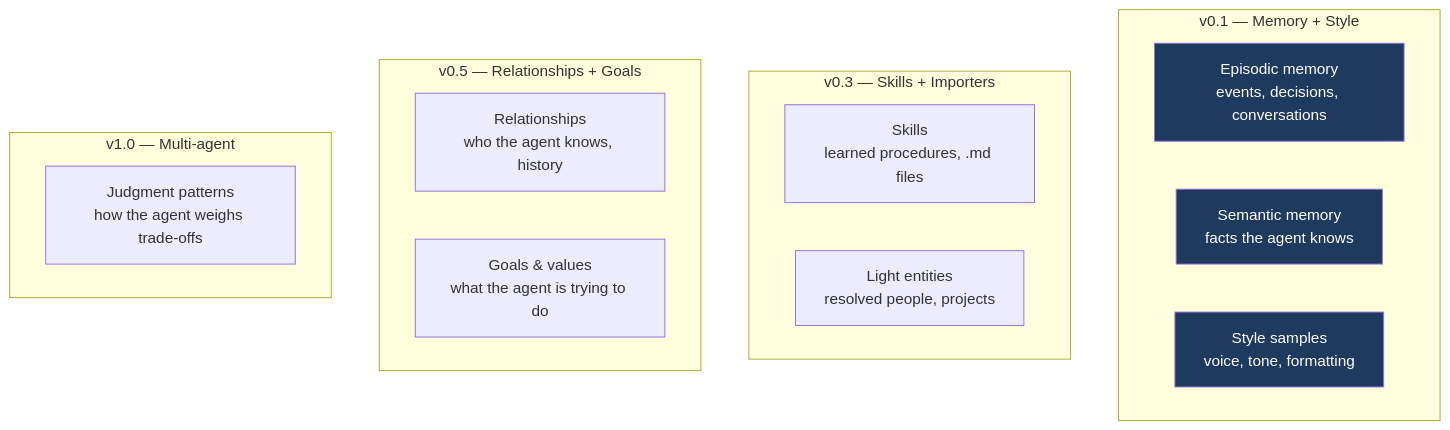
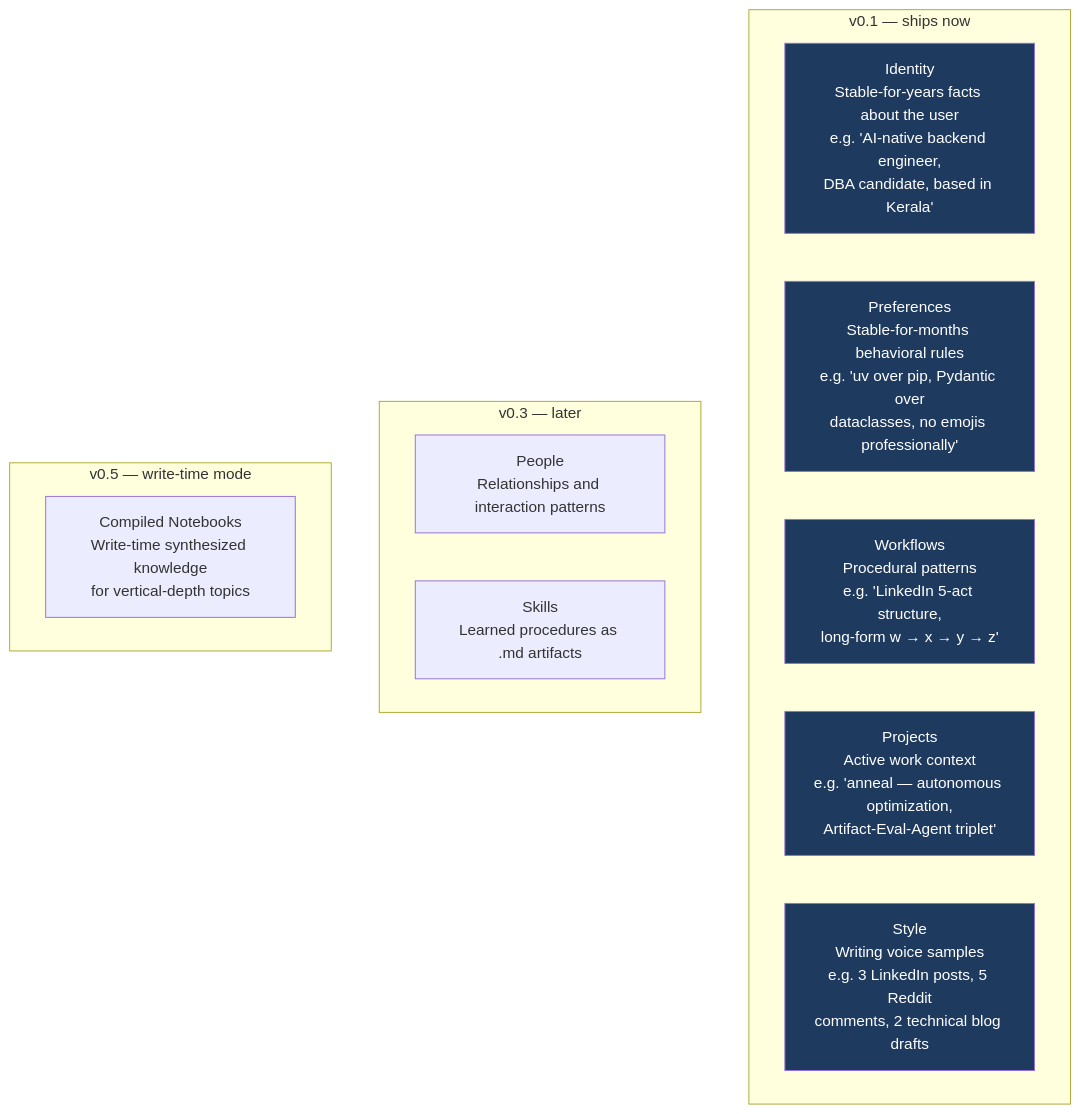
One commit to Mathews-Tom/Tessera changed the second of 8 diagrams in docs/system-design.md. Above: the diagram before and after it, drawn with Mermaid. The commit also changed other lines of this file and 24 other files, not shown here.

````diff
--- a/docs/system-design.md
+++ b/docs/system-design.md
@@ -70,26 +72,25 @@
 ```mermaid
 graph TB
-  subgraph V01["v0.1 — Memory + Style"]
-    EPI[Episodic memory<br/>events, decisions, conversations]
-    SEM[Semantic memory<br/>facts the agent knows]
-    STYLE[Style samples<br/>voice, tone, formatting]
+  subgraph V01["v0.1 — ships now"]
+    ID[Identity<br/>Stable-for-years facts about the user<br/>e.g. 'AI-native backend engineer,<br/>DBA candidate, based in Kerala']
+    PREF[Preferences<br/>Stable-for-months behavioral rules<br/>e.g. 'uv over pip, Pydantic over<br/>dataclasses, no emojis professionally']
+    WF[Workflows<br/>Procedural patterns<br/>e.g. 'LinkedIn 5-act structure,<br/>long-form w → x → y → z']
+    PROJ[Projects<br/>Active work context<br/>e.g. 'anneal — autonomous optimization,<br/>Artifact-Eval-Agent triplet']
+    STY[Style<br/>Writing voice samples<br/>e.g. 3 LinkedIn posts, 5 Reddit<br/>comments, 2 technical blog drafts]
   end
 
-  subgraph V03["v0.3 — Skills + Importers"]
-    SKILL[Skills<br/>learned procedures, .md files]
-    LITE[Light entities<br/>resolved people, projects]
+  subgraph V03["v0.3 — later"]
+    PPL[People<br/>Relationships and interaction patterns]
+    SKL[Skills<br/>Learned procedures as .md artifacts]
   end
 
-  subgraph V05["v0.5 — Relationships + Goals"]
-    REL[Relationships<br/>who the agent knows, history]
-    GOAL[Goals & values<br/>what the agent is trying to do]
+  subgraph V05["v0.5 — write-time mode"]
+    NB[Compiled Notebooks<br/>Write-time synthesized knowledge<br/>for vertical-depth topics]
   end
 
-  subgraph V10["v1.0 — Multi-agent"]
-    JUDG[Judgment patterns<br/>how the agent weighs trade-offs]
-  end
-
-  style EPI fill:#1f3a5f,color:#fff
-  style SEM fill:#1f3a5f,color:#fff
-  style STYLE fill:#1f3a5f,color:#fff
+  style ID fill:#1f3a5f,color:#fff
+  style PREF fill:#1f3a5f,color:#fff
+  style WF fill:#1f3a5f,color:#fff
+  style PROJ fill:#1f3a5f,color:#fff
+  style STY fill:#1f3a5f,color:#fff
 ```
````
